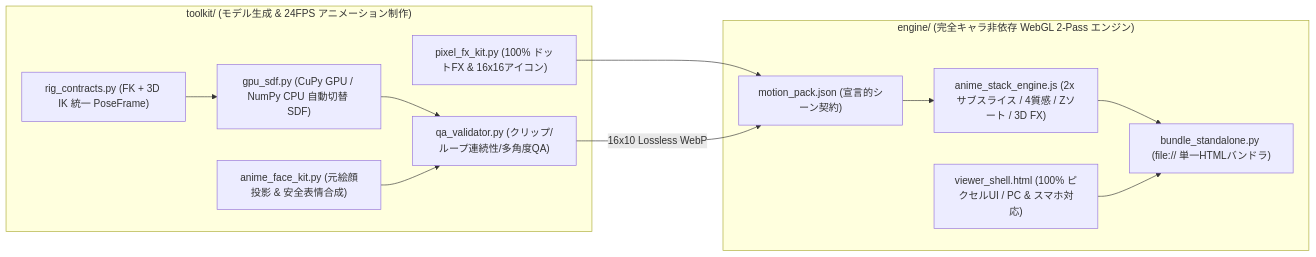
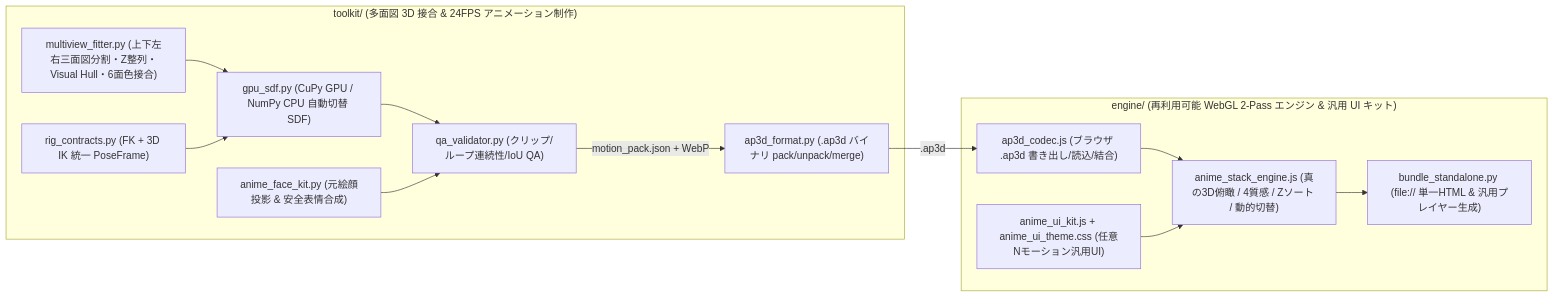
Before and after one commit to kuraneko1/anime-pseudo-3d: the diagram in README.md, drawn with Mermaid. The commit also changed other lines of this file and 18 other files, not shown here.

Commit message:
Add reusable AnimeUIKit (arbitrary-N motions), .ap3d binary package codec/player & multi-view 3D joining pipeline

````diff
--- a/README.md
+++ b/README.md
@@ -121,26 +121,28 @@
 ```mermaid
 flowchart LR
-  subgraph T1["toolkit/ (モデル生成 & 24FPS アニメーション制作)"]
+  subgraph T1["toolkit/ (多面図 3D 接合 & 24FPS アニメーション制作)"]
+    MV["multiview_fitter.py (上下左右三面図分割・Z整列・Visual Hull・6面色接合)"]
     SDF["gpu_sdf.py (CuPy GPU / NumPy CPU 自動切替 SDF)"]
     FACE["anime_face_kit.py (元絵顔投影 & 安全表情合成)"]
     RIG["rig_contracts.py (FK + 3D IK 統一 PoseFrame)"]
-    FXK["pixel_fx_kit.py (100% ドットFX & 16x16アイコン)"]
-    QA["qa_validator.py (クリップ/ループ連続性/多角度QA)"]
+    QA["qa_validator.py (クリップ/ループ連続性/IoU QA)"]
+    AP3D["ap3d_format.py (.ap3d バイナリ pack/unpack/merge)"]
   end
 
-  subgraph E1["engine/ (完全キャラ非依存 WebGL 2-Pass エンジン)"]
-    PACK["motion_pack.json (宣言的シーン契約)"]
-    GL["anime_stack_engine.js (2x サブスライス / 4質感 / Zソート / 3D FX)"]
-    UI["viewer_shell.html (100% ピクセルUI / PC & スマホ対応)"]
-    BND["bundle_standalone.py (file:// 単一HTMLバンドラ)"]
+  subgraph E1["engine/ (再利用可能 WebGL 2-Pass エンジン & 汎用 UI キット)"]
+    CODEC["ap3d_codec.js (ブラウザ .ap3d 書き出し/読込/結合)"]
+    UIKIT["anime_ui_kit.js + anime_ui_theme.css (任意Nモーション汎用UI)"]
+    GL["anime_stack_engine.js (真の3D俯瞰 / 4質感 / Zソート / 動的切替)"]
+    BND["bundle_standalone.py (file:// 単一HTML & 汎用プレイヤー生成)"]
   end
 
+  MV --> SDF
   SDF --> QA
   FACE --> QA
   RIG --> SDF
-  FXK --> PACK
-  QA -->|"16x10 Lossless WebP"| PACK
-  PACK --> GL
+  QA -->|"motion_pack.json + WebP"| AP3D
+  AP3D -->|".ap3d"| CODEC
+  CODEC --> GL
+  UIKIT --> GL
   GL --> BND
-  UI --> BND
 ```
````
